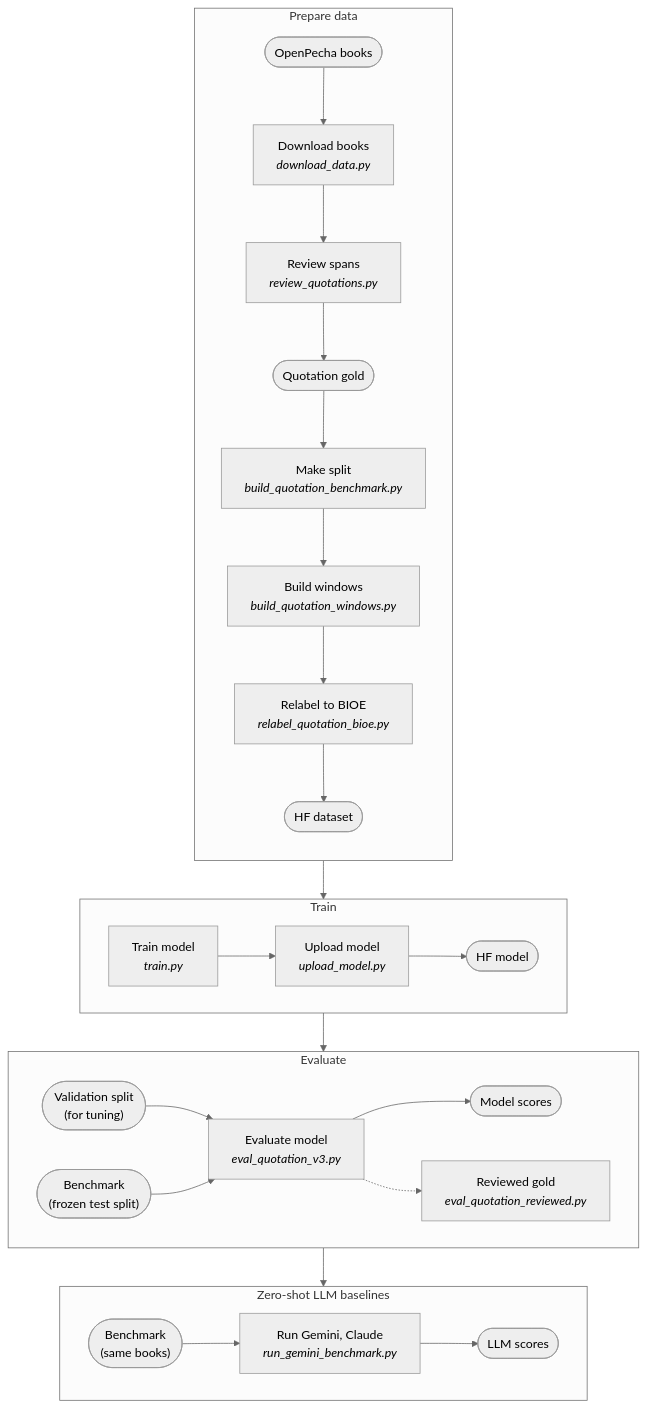
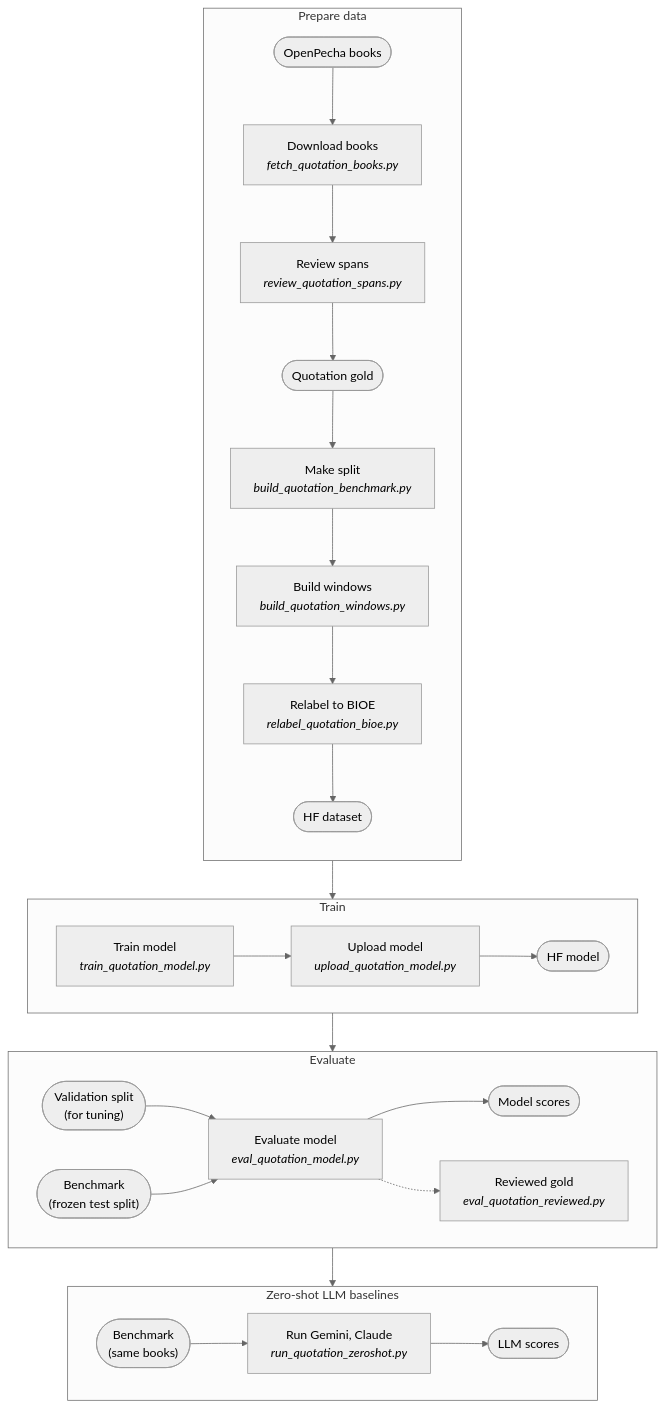
The diagram in quotation/docs/pipeline.mmd (tenzinyonten/tibetan-layer-detection), drawn with Mermaid (neutral theme) before and after one commit. The commit also changed 90 other files, not shown here.

```diff
--- a/quotation/docs/pipeline.mmd
+++ b/quotation/docs/pipeline.mmd
@@ -1,32 +1,32 @@
 %%{init: {"flowchart": {"htmlLabels": false}}}%%
 flowchart TD
   subgraph PREP["Prepare data"]
     direction TB
-    F1(["OpenPecha books"]) --> S1["Download books<br/><i>download_data.py</i>"]
-    S1 --> S2["Review spans<br/><i>review_quotations.py</i>"]
+    F1(["OpenPecha books"]) --> S1["Download books<br/><i>fetch_quotation_books.py</i>"]
+    S1 --> S2["Review spans<br/><i>review_quotation_spans.py</i>"]
     S2 --> F2(["Quotation gold"])
     F2 --> S3["Make split<br/><i>build_quotation_benchmark.py</i>"]
     S3 --> S4["Build windows<br/><i>build_quotation_windows.py</i>"]
     S4 --> S5["Relabel to BIOE<br/><i>relabel_quotation_bioe.py</i>"]
     S5 --> F3(["HF dataset"])
   end
   subgraph TRAIN["Train"]
     direction LR
-    S6["Train model<br/><i>train.py</i>"] --> S7["Upload model<br/><i>upload_model.py</i>"]
+    S6["Train model<br/><i>train_quotation_model.py</i>"] --> S7["Upload model<br/><i>upload_quotation_model.py</i>"]
     S7 --> F4(["HF model"])
   end
   subgraph EVAL["Evaluate"]
     direction LR
-    V(["Validation split<br/>(for tuning)"]) --> S8["Evaluate model<br/><i>eval_quotation_v3.py</i>"]
-    B(["Benchmark<br/>(frozen test split)"]) --> S8["Evaluate model<br/><i>eval_quotation_v3.py</i>"]
+    V(["Validation split<br/>(for tuning)"]) --> S8["Evaluate model<br/><i>eval_quotation_model.py</i>"]
+    B(["Benchmark<br/>(frozen test split)"]) --> S8["Evaluate model<br/><i>eval_quotation_model.py</i>"]
     S8 --> F5(["Model scores"])
     S8 -.-> S9["Reviewed gold<br/><i>eval_quotation_reviewed.py</i>"]
   end
   subgraph BASE["Zero-shot LLM baselines"]
     direction LR
-    B2(["Benchmark<br/>(same books)"]) --> Z1["Run Gemini, Claude<br/><i>run_gemini_benchmark.py</i>"]
+    B2(["Benchmark<br/>(same books)"]) --> Z1["Run Gemini, Claude<br/><i>run_quotation_zeroshot.py</i>"]
     Z1 --> Z2(["LLM scores"])
   end
   PREP --> TRAIN
   TRAIN --> EVAL
   EVAL --> BASE
```
